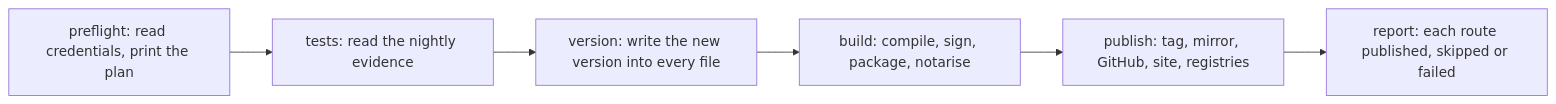
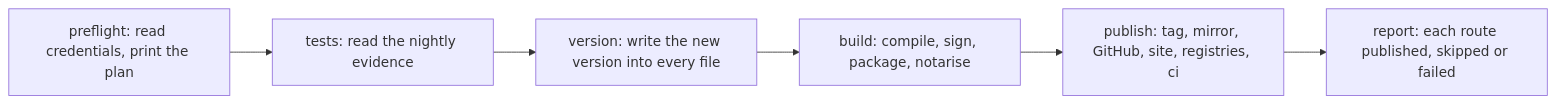
Before and after one commit to Black-Rainbow-Labs/Inillucent: the diagram in packaging/README.md, drawn with Mermaid. The commit also changed other lines of this file and 85 other files, not shown here.

````diff
--- a/packaging/README.md
+++ b/packaging/README.md
@@ -66,8 +66,8 @@
 ```mermaid
 flowchart LR
     A["preflight: read credentials, print the plan"] --> B["tests: read the nightly evidence"]
     B --> C["version: write the new version into every file"]
     C --> D["build: compile, sign, package, notarise"]
-    D --> E["publish: tag, mirror, GitHub, site, registries"]
+    D --> E["publish: tag, mirror, GitHub, site, registries, ci"]
     E --> F["report: each route published, skipped or failed"]
 ```
````
